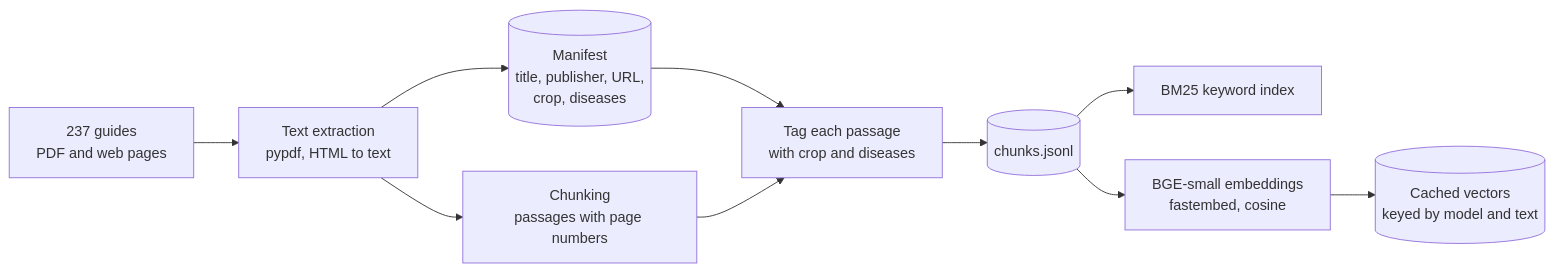
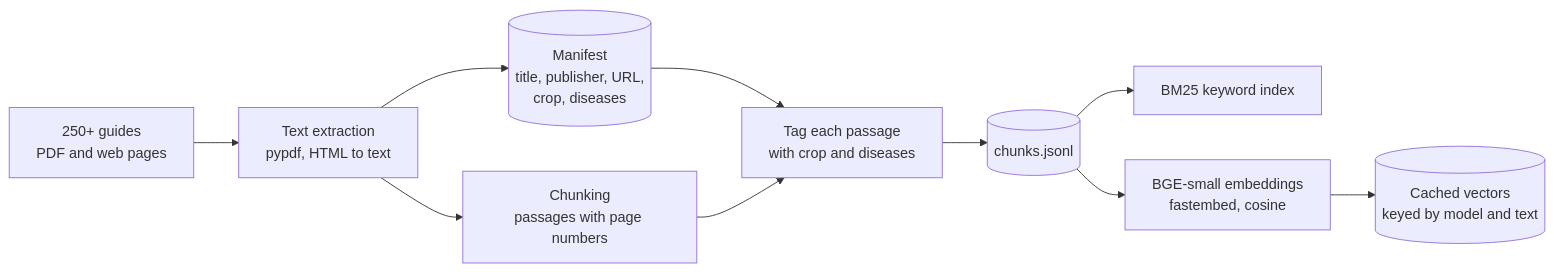
One commit to aakashksen/sprout changed the first of 3 diagrams in docs/architecture/guide-search.md. Above: the diagram before and after it, drawn with Mermaid. The commit also changed other lines of this file and 4 other files, not shown here.

Commit message:
Say 250+ guides in the README, site and architecture pages

````diff
--- a/docs/architecture/guide-search.md
+++ b/docs/architecture/guide-search.md
@@ -9,12 +9,12 @@
 ```mermaid
 flowchart LR
-    SRC["237 guides<br/>PDF and web pages"] --> EXT["Text extraction<br/>pypdf, HTML to text"]
+    SRC["250+ guides<br/>PDF and web pages"] --> EXT["Text extraction<br/>pypdf, HTML to text"]
     EXT --> MAN[("Manifest<br/>title, publisher, URL,<br/>crop, diseases")]
     EXT --> CH["Chunking<br/>passages with page numbers"]
     MAN --> TAG["Tag each passage<br/>with crop and diseases"]
     CH --> TAG
     TAG --> CHUNKS[("chunks.jsonl")]
     CHUNKS --> BM["BM25 keyword index"]
     CHUNKS --> EMB["BGE-small embeddings<br/>fastembed, cosine"]
     EMB --> VEC[("Cached vectors<br/>keyed by model and text")]
 ```
````
